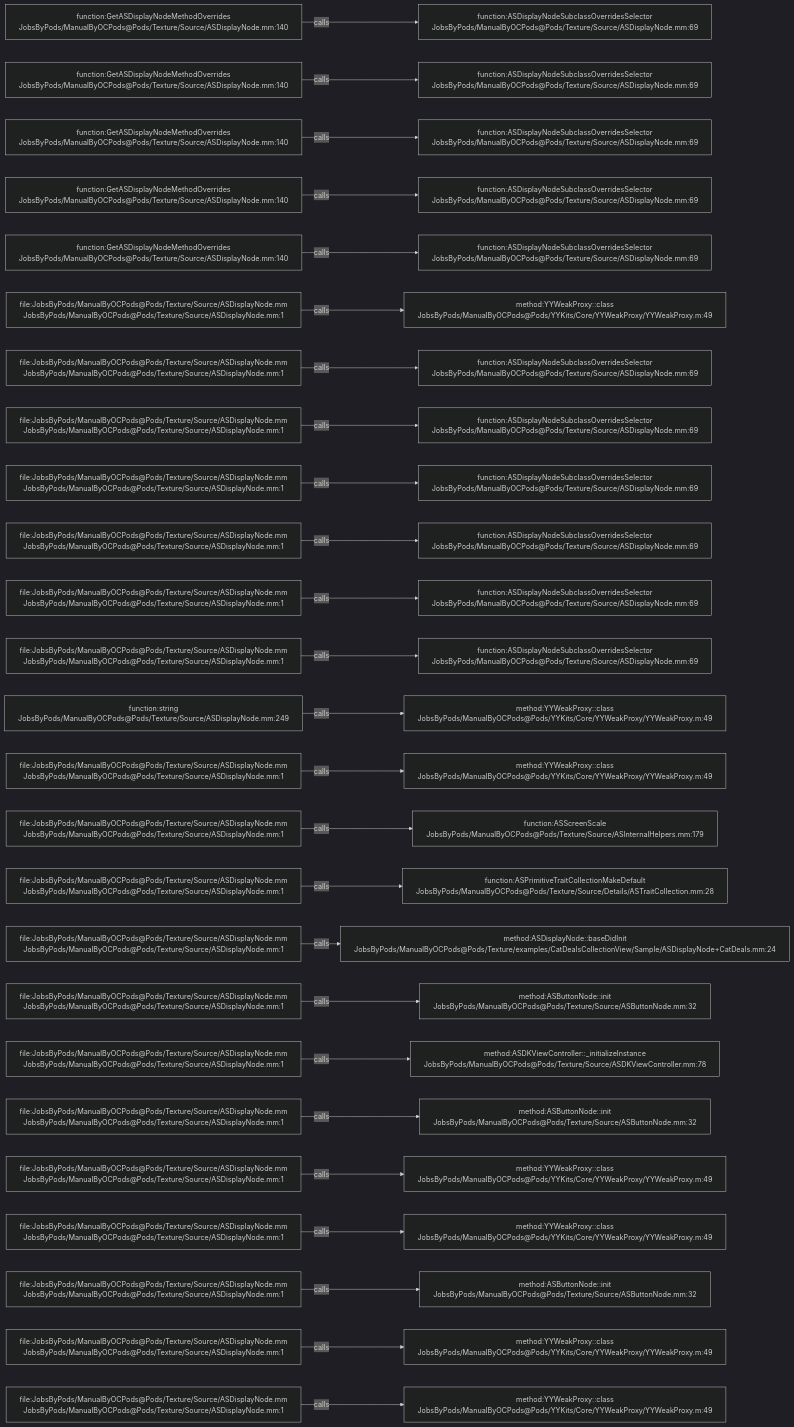
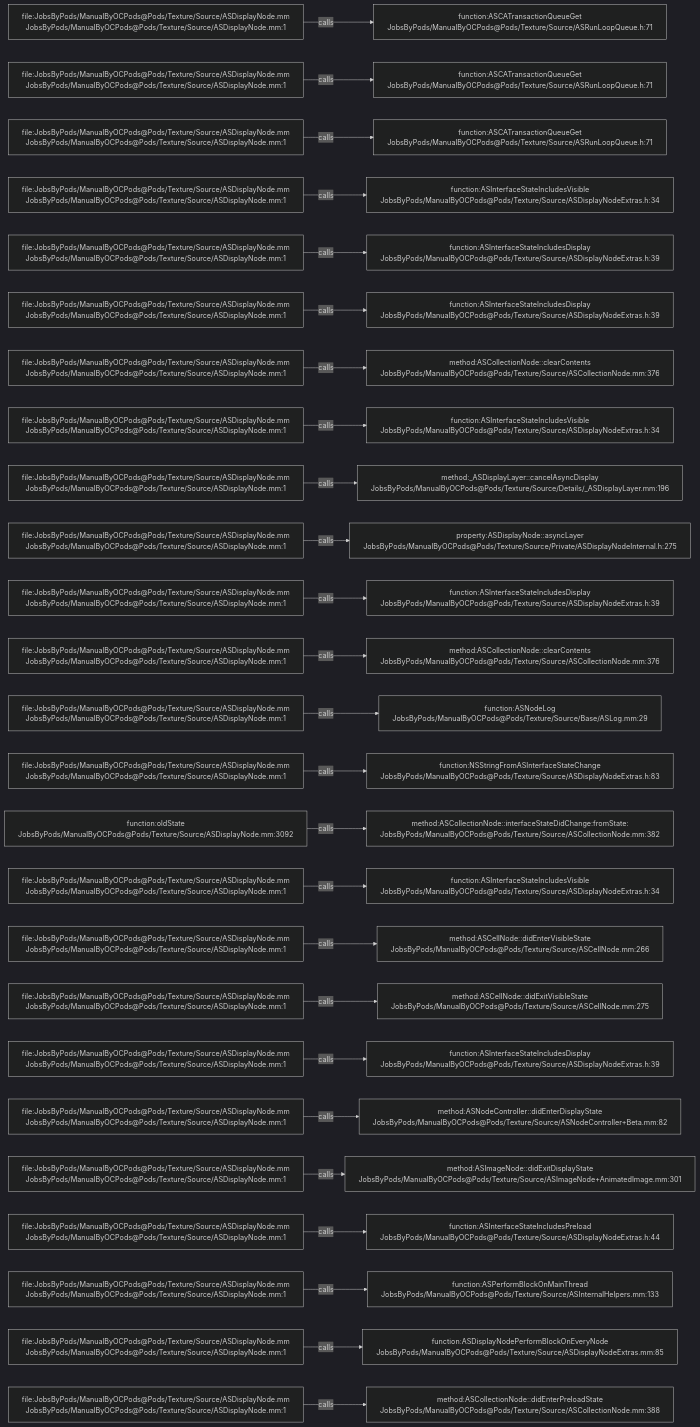
One commit to JobsKits/JobsOCBaseConfigDemo changed the diagram in .codegraph/codegraph.md/graphs/calls-088.md. Above: the diagram before and after it, drawn with Mermaid (dark theme). The commit also changed 2723 other files, not shown here.

````diff
--- a/.codegraph/codegraph.md/graphs/calls-088.md
+++ b/.codegraph/codegraph.md/graphs/calls-088.md
@@ -13,78 +13,78 @@
 ```mermaid
 flowchart LR
-  S1["function:GetASDisplayNodeMethodOverrides<br/>JobsByPods/ManualByOCPods@Pods/Texture/Source/ASDisplayNode.mm:140"]
-  T1["function:ASDisplayNodeSubclassOverridesSelector<br/>JobsByPods/ManualByOCPods@Pods/Texture/Source/ASDisplayNode.mm:69"]
+  S1["file:JobsByPods/ManualByOCPods@Pods/Texture/Source/ASDisplayNode.mm<br/>JobsByPods/ManualByOCPods@Pods/Texture/Source/ASDisplayNode.mm:1"]
+  T1["function:ASCATransactionQueueGet<br/>JobsByPods/ManualByOCPods@Pods/Texture/Source/ASRunLoopQueue.h:71"]
   S1 -->|calls| T1
-  S2["function:GetASDisplayNodeMethodOverrides<br/>JobsByPods/ManualByOCPods@Pods/Texture/Source/ASDisplayNode.mm:140"]
-  T2["function:ASDisplayNodeSubclassOverridesSelector<br/>JobsByPods/ManualByOCPods@Pods/Texture/Source/ASDisplayNode.mm:69"]
+  S2["file:JobsByPods/ManualByOCPods@Pods/Texture/Source/ASDisplayNode.mm<br/>JobsByPods/ManualByOCPods@Pods/Texture/Source/ASDisplayNode.mm:1"]
+  T2["function:ASCATransactionQueueGet<br/>JobsByPods/ManualByOCPods@Pods/Texture/Source/ASRunLoopQueue.h:71"]
   S2 -->|calls| T2
-  S3["function:GetASDisplayNodeMethodOverrides<br/>JobsByPods/ManualByOCPods@Pods/Texture/Source/ASDisplayNode.mm:140"]
-  T3["function:ASDisplayNodeSubclassOverridesSelector<br/>JobsByPods/ManualByOCPods@Pods/Texture/Source/ASDisplayNode.mm:69"]
+  S3["file:JobsByPods/ManualByOCPods@Pods/Texture/Source/ASDisplayNode.mm<br/>JobsByPods/ManualByOCPods@Pods/Texture/Source/ASDisplayNode.mm:1"]
+  T3["function:ASCATransactionQueueGet<br/>JobsByPods/ManualByOCPods@Pods/Texture/Source/ASRunLoopQueue.h:71"]
   S3 -->|calls| T3
-  S4["function:GetASDisplayNodeMethodOverrides<br/>JobsByPods/ManualByOCPods@Pods/Texture/Source/ASDisplayNode.mm:140"]
-  T4["function:ASDisplayNodeSubclassOverridesSelector<br/>JobsByPods/ManualByOCPods@Pods/Texture/Source/ASDisplayNode.mm:69"]
+  S4["file:JobsByPods/ManualByOCPods@Pods/Texture/Source/ASDisplayNode.mm<br/>JobsByPods/ManualByOCPods@Pods/Texture/Source/ASDisplayNode.mm:1"]
+  T4["function:ASInterfaceStateIncludesVisible<br/>JobsByPods/ManualByOCPods@Pods/Texture/Source/ASDisplayNodeExtras.h:34"]
   S4 -->|calls| T4
-  S5["function:GetASDisplayNodeMethodOverrides<br/>JobsByPods/ManualByOCPods@Pods/Texture/Source/ASDisplayNode.mm:140"]
-  T5["function:ASDisplayNodeSubclassOverridesSelector<br/>JobsByPods/ManualByOCPods@Pods/Texture/Source/ASDisplayNode.mm:69"]
+  S5["file:JobsByPods/ManualByOCPods@Pods/Texture/Source/ASDisplayNode.mm<br/>JobsByPods/ManualByOCPods@Pods/Texture/Source/ASDisplayNode.mm:1"]
+  T5["function:ASInterfaceStateIncludesDisplay<br/>JobsByPods/ManualByOCPods@Pods/Texture/Source/ASDisplayNodeExtras.h:39"]
   S5 -->|calls| T5
   S6["file:JobsByPods/ManualByOCPods@Pods/Texture/Source/ASDisplayNode.mm<br/>JobsByPods/ManualByOCPods@Pods/Texture/Source/ASDisplayNode.mm:1"]
-  T6["method:YYWeakProxy::class<br/>JobsByPods/ManualByOCPods@Pods/YYKits/Core/YYWeakProxy/YYWeakProxy.m:49"]
+  T6["function:ASInterfaceStateIncludesDisplay<br/>JobsByPods/ManualByOCPods@Pods/Texture/Source/ASDisplayNodeExtras.h:39"]
   S6 -->|calls| T6
   S7["file:JobsByPods/ManualByOCPods@Pods/Texture/Source/ASDisplayNode.mm<br/>JobsByPods/ManualByOCPods@Pods/Texture/Source/ASDisplayNode.mm:1"]
-  T7["function:ASDisplayNodeSubclassOverridesSelector<br/>JobsByPods/ManualByOCPods@Pods/Texture/Source/ASDisplayNode.mm:69"]
+  T7["method:ASCollectionNode::clearContents<br/>JobsByPods/ManualByOCPods@Pods/Texture/Source/ASCollectionNode.mm:376"]
   S7 -->|calls| T7
   S8["file:JobsByPods/ManualByOCPods@Pods/Texture/Source/ASDisplayNode.mm<br/>JobsByPods/ManualByOCPods@Pods/Texture/Source/ASDisplayNode.mm:1"]
-  T8["function:ASDisplayNodeSubclassOverridesSelector<br/>JobsByPods/ManualByOCPods@Pods/Texture/Source/ASDisplayNode.mm:69"]
+  T8["function:ASInterfaceStateIncludesVisible<br/>JobsByPods/ManualByOCPods@Pods/Texture/Source/ASDisplayNodeExtras.h:34"]
   S8 -->|calls| T8
   S9["file:JobsByPods/ManualByOCPods@Pods/Texture/Source/ASDisplayNode.mm<br/>JobsByPods/ManualByOCPods@Pods/Texture/Source/ASDisplayNode.mm:1"]
-  T9["function:ASDisplayNodeSubclassOverridesSelector<br/>JobsByPods/ManualByOCPods@Pods/Texture/Source/ASDisplayNode.mm:69"]
+  T9["method:_ASDisplayLayer::cancelAsyncDisplay<br/>JobsByPods/ManualByOCPods@Pods/Texture/Source/Details/_ASDisplayLayer.mm:196"]
   S9 -->|calls| T9
   S10["file:JobsByPods/ManualByOCPods@Pods/Texture/Source/ASDisplayNode.mm<br/>JobsByPods/ManualByOCPods@Pods/Texture/Source/ASDisplayNode.mm:1"]
-  T10["function:ASDisplayNodeSubclassOverridesSelector<br/>JobsByPods/ManualByOCPods@Pods/Texture/Source/ASDisplayNode.mm:69"]
+  T10["property:ASDisplayNode::asyncLayer<br/>JobsByPods/ManualByOCPods@Pods/Texture/Source/Private/ASDisplayNodeInternal.h:275"]
   S10 -->|calls| T10
   S11["file:JobsByPods/ManualByOCPods@Pods/Texture/Source/ASDisplayNode.mm<br/>JobsByPods/ManualByOCPods@Pods/Texture/Source/ASDisplayNode.mm:1"]
-  T11["function:ASDisplayNodeSubclassOverridesSelector<br/>JobsByPods/ManualByOCPods@Pods/Texture/Source/ASDisplayNode.mm:69"]
+  T11["function:ASInterfaceStateIncludesDisplay<br/>JobsByPods/ManualByOCPods@Pods/Texture/Source/ASDisplayNodeExtras.h:39"]
   S11 -->|calls| T11
   S12["file:JobsByPods/ManualByOCPods@Pods/Texture/Source/ASDisplayNode.mm<br/>JobsByPods/ManualByOCPods@Pods/Texture/Source/ASDisplayNode.mm:1"]
-  T12["function:ASDisplayNodeSubclassOverridesSelector<br/>JobsByPods/ManualByOCPods@Pods/Texture/Source/ASDisplayNode.mm:69"]
+  T12["method:ASCollectionNode::clearContents<br/>JobsByPods/ManualByOCPods@Pods/Texture/Source/ASCollectionNode.mm:376"]
   S12 -->|calls| T12
-  S13["function:string<br/>JobsByPods/ManualByOCPods@Pods/Texture/Source/ASDisplayNode.mm:249"]
-  T13["method:YYWeakProxy::class<br/>JobsByPods/ManualByOCPods@Pods/YYKits/Core/YYWeakProxy/YYWeakProxy.m:49"]
+  S13["file:JobsByPods/ManualByOCPods@Pods/Texture/Source/ASDisplayNode.mm<br/>JobsByPods/ManualByOCPods@Pods/Texture/Source/ASDisplayNode.mm:1"]
+  T13["function:ASNodeLog<br/>JobsByPods/ManualByOCPods@Pods/Texture/Source/Base/ASLog.mm:29"]
   S13 -->|calls| T13
   S14["file:JobsByPods/ManualByOCPods@Pods/Texture/Source/ASDisplayNode.mm<br/>JobsByPods/ManualByOCPods@Pods/Texture/Source/ASDisplayNode.mm:1"]
-  T14["method:YYWeakProxy::class<br/>JobsByPods/ManualByOCPods@Pods/YYKits/Core/YYWeakProxy/YYWeakProxy.m:49"]
+  T14["function:NSStringFromASInterfaceStateChange<br/>JobsByPods/ManualByOCPods@Pods/Texture/Source/ASDisplayNodeExtras.h:83"]
   S14 -->|calls| T14
-  S15["file:JobsByPods/ManualByOCPods@Pods/Texture/Source/ASDisplayNode.mm<br/>JobsByPods/ManualByOCPods@Pods/Texture/Source/ASDisplayNode.mm:1"]
-  T15["function:ASScreenScale<br/>JobsByPods/ManualByOCPods@Pods/Texture/Source/ASInternalHelpers.mm:179"]
+  S15["function:oldState<br/>JobsByPods/ManualByOCPods@Pods/Texture/Source/ASDisplayNode.mm:3092"]
+  T15["method:ASCollectionNode::interfaceStateDidChange:fromState:<br/>JobsByPods/ManualByOCPods@Pods/Texture/Source/ASCollectionNode.mm:382"]
   S15 -->|calls| T15
   S16["file:JobsByPods/ManualByOCPods@Pods/Texture/Source/ASDisplayNode.mm<br/>JobsByPods/ManualByOCPods@Pods/Texture/Source/ASDisplayNode.mm:1"]
-  T16["function:ASPrimitiveTraitCollectionMakeDefault<br/>JobsByPods/ManualByOCPods@Pods/Texture/Source/Details/ASTraitCollection.mm:28"]
+  T16["function:ASInterfaceStateIncludesVisible<br/>JobsByPods/ManualByOCPods@Pods/Texture/Source/ASDisplayNodeExtras.h:34"]
   S16 -->|calls| T16
   S17["file:JobsByPods/ManualByOCPods@Pods/Texture/Source/ASDisplayNode.mm<br/>JobsByPods/ManualByOCPods@Pods/Texture/Source/ASDisplayNode.mm:1"]
-  T17["method:ASDisplayNode::baseDidInit<br/>JobsByPods/ManualByOCPods@Pods/Texture/examples/CatDealsCollectionView/Sample/ASDisplayNode+CatDeals.mm:24"]
+  T17["method:ASCellNode::didEnterVisibleState<br/>JobsByPods/ManualByOCPods@Pods/Texture/Source/ASCellNode.mm:266"]
   S17 -->|calls| T17
   S18["file:JobsByPods/ManualByOCPods@Pods/Texture/Source/ASDisplayNode.mm<br/>JobsByPods/ManualByOCPods@Pods/Texture/Source/ASDisplayNode.mm:1"]
-  T18["method:ASButtonNode::init<br/>JobsByPods/ManualByOCPods@Pods/Texture/Source/ASButtonNode.mm:32"]
+  T18["method:ASCellNode::didExitVisibleState<br/>JobsByPods/ManualByOCPods@Pods/Texture/Source/ASCellNode.mm:275"]
   S18 -->|calls| T18
   S19["file:JobsByPods/ManualByOCPods@Pods/Texture/Source/ASDisplayNode.mm<br/>JobsByPods/ManualByOCPods@Pods/Texture/Source/ASDisplayNode.mm:1"]
-  T19["method:ASDKViewController::_initializeInstance<br/>JobsByPods/ManualByOCPods@Pods/Texture/Source/ASDKViewController.mm:78"]
+  T19["function:ASInterfaceStateIncludesDisplay<br/>JobsByPods/ManualByOCPods@Pods/Texture/Source/ASDisplayNodeExtras.h:39"]
   S19 -->|calls| T19
   S20["file:JobsByPods/ManualByOCPods@Pods/Texture/Source/ASDisplayNode.mm<br/>JobsByPods/ManualByOCPods@Pods/Texture/Source/ASDisplayNode.mm:1"]
-  T20["method:ASButtonNode::init<br/>JobsByPods/ManualByOCPods@Pods/Texture/Source/ASButtonNode.mm:32"]
+  T20["method:ASNodeController::didEnterDisplayState<br/>JobsByPods/ManualByOCPods@Pods/Texture/Source/ASNodeController+Beta.mm:82"]
   S20 -->|calls| T20
   S21["file:JobsByPods/ManualByOCPods@Pods/Texture/Source/ASDisplayNode.mm<br/>JobsByPods/ManualByOCPods@Pods/Texture/Source/ASDisplayNode.mm:1"]
-  T21["method:YYWeakProxy::class<br/>JobsByPods/ManualByOCPods@Pods/YYKits/Core/YYWeakProxy/YYWeakProxy.m:49"]
+  T21["method:ASImageNode::didExitDisplayState<br/>JobsByPods/ManualByOCPods@Pods/Texture/Source/ASImageNode+AnimatedImage.mm:301"]
   S21 -->|calls| T21
   S22["file:JobsByPods/ManualByOCPods@Pods/Texture/Source/ASDisplayNode.mm<br/>JobsByPods/ManualByOCPods@Pods/Texture/Source/ASDisplayNode.mm:1"]
-  T22["method:YYWeakProxy::class<br/>JobsByPods/ManualByOCPods@Pods/YYKits/Core/YYWeakProxy/YYWeakProxy.m:49"]
+  T22["function:ASInterfaceStateIncludesPreload<br/>JobsByPods/ManualByOCPods@Pods/Texture/Source/ASDisplayNodeExtras.h:44"]
   S22 -->|calls| T22
   S23["file:JobsByPods/ManualByOCPods@Pods/Texture/Source/ASDisplayNode.mm<br/>JobsByPods/ManualByOCPods@Pods/Texture/Source/ASDisplayNode.mm:1"]
-  T23["method:ASButtonNode::init<br/>JobsByPods/ManualByOCPods@Pods/Texture/Source/ASButtonNode.mm:32"]
+  T23["function:ASPerformBlockOnMainThread<br/>JobsByPods/ManualByOCPods@Pods/Texture/Source/ASInternalHelpers.mm:133"]
   S23 -->|calls| T23
   S24["file:JobsByPods/ManualByOCPods@Pods/Texture/Source/ASDisplayNode.mm<br/>JobsByPods/ManualByOCPods@Pods/Texture/Source/ASDisplayNode.mm:1"]
-  T24["method:YYWeakProxy::class<br/>JobsByPods/ManualByOCPods@Pods/YYKits/Core/YYWeakProxy/YYWeakProxy.m:49"]
+  T24["function:ASDisplayNodePerformBlockOnEveryNode<br/>JobsByPods/ManualByOCPods@Pods/Texture/Source/ASDisplayNodeExtras.mm:85"]
   S24 -->|calls| T24
   S25["file:JobsByPods/ManualByOCPods@Pods/Texture/Source/ASDisplayNode.mm<br/>JobsByPods/ManualByOCPods@Pods/Texture/Source/ASDisplayNode.mm:1"]
-  T25["method:YYWeakProxy::class<br/>JobsByPods/ManualByOCPods@Pods/YYKits/Core/YYWeakProxy/YYWeakProxy.m:49"]
+  T25["method:ASCollectionNode::didEnterPreloadState<br/>JobsByPods/ManualByOCPods@Pods/Texture/Source/ASCollectionNode.mm:388"]
   S25 -->|calls| T25
 ```
````
